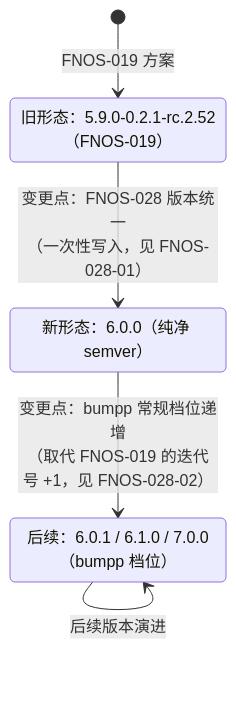
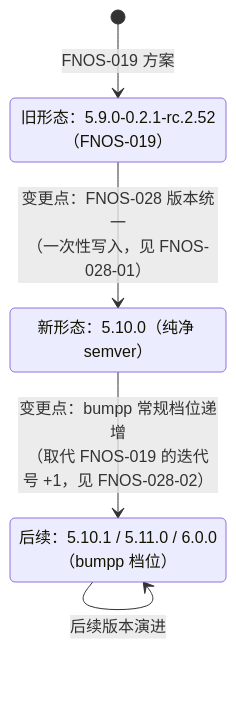
Before and after one commit to FNOSP/fnos-dsh: the first of 2 diagrams in docs/requirements/FNOS-028-unified-project-version-bumpp.md, drawn with Mermaid. The commit also changed other lines of this file and 40 other files, not shown here.

````diff
--- a/docs/requirements/FNOS-028-unified-project-version-bumpp.md
+++ b/docs/requirements/FNOS-028-unified-project-version-bumpp.md
@@ -101,11 +101,11 @@
 ```mermaid
 stateDiagram-v2
   state "旧形态：5.9.0-0.2.1-rc.2.52（FNOS-019）" as Legacy
-  state "新形态：6.0.0（纯净 semver）" as Unified
-  state "后续：6.0.1 / 6.1.0 / 7.0.0（bumpp 档位）" as Evolved
+  state "新形态：5.10.0（纯净 semver）" as Unified
+  state "后续：5.10.1 / 5.11.0 / 6.0.0（bumpp 档位）" as Evolved
 
   [*] --> Legacy: FNOS-019 方案
   Legacy --> Unified: 变更点：FNOS-028 版本统一<br/>（一次性写入，见 FNOS-028-01）
   Unified --> Evolved: 变更点：bumpp 常规档位递增<br/>（取代 FNOS-019 的迭代号 +1，见 FNOS-028-02）
   Evolved --> Evolved: 后续版本演进
 ```
````
